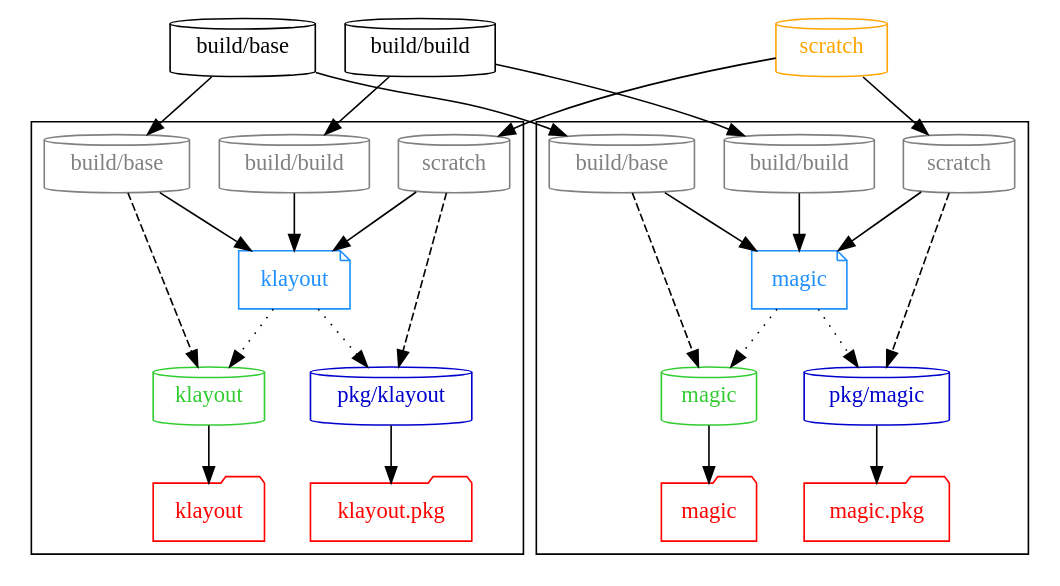
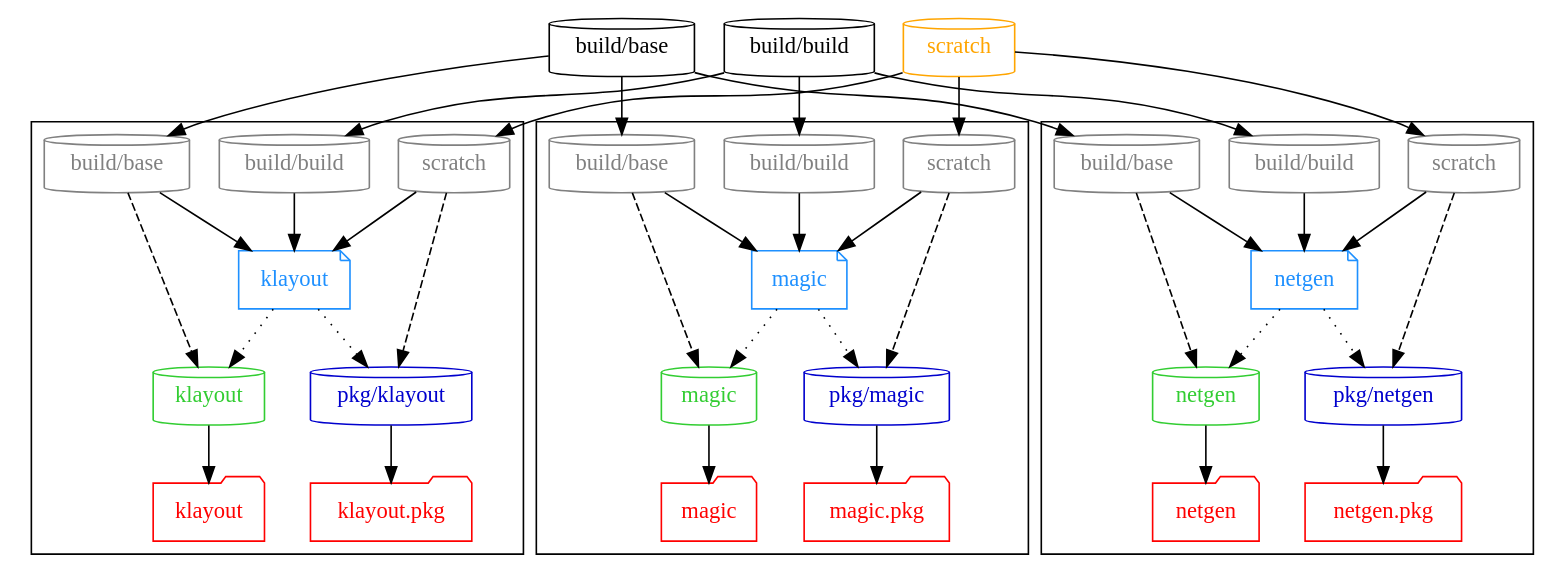
One commit to hdl/containers changed the diagram in graph/asic.dot. Above: the diagram before and after it, drawn with Graphviz. The commit also changed 4 other files, not shown here.

Commit message:
doc: add netgen to table, ci and graphs

```diff
--- a/graph/asic.dot
+++ b/graph/asic.dot
@@ -1,126 +1,158 @@
 # Authors:
 #   Unai Martinez-Corral
 #
 # Copyright 2021 Unai Martinez-Corral <unai.martinezcorral@ehu.eus>
 #
 # Licensed under the Apache License, Version 2.0 (the "License");
 # you may not use this file except in compliance with the License.
 # You may obtain a copy of the License at
 #
 #     http://www.apache.org/licenses/LICENSE-2.0
 #
 # Unless required by applicable law or agreed to in writing, software
 # distributed under the License is distributed on an "AS IS" BASIS,
 # WITHOUT WARRANTIES OR CONDITIONS OF ANY KIND, either express or implied.
 # See the License for the specific language governing permissions and
 # limitations under the License.
 #
 # SPDX-License-Identifier: Apache-2.0
 
 digraph G {
 
   #splines=polyline; #curved
   newrank=true;
 
   # Dockerfiles
 
   { node [shape=note, color=dodgerblue, fontcolor=dodgerblue]
     d_klayout [label="klayout"];
     d_magic [label="magic"];
+    d_netgen [label="netgen"];
   }
 
   # Images
 
   { node [shape=cylinder]
     "build/build"
     "build/base"
     { node [color=limegreen, fontcolor=limegreen]
       "klayout"
       "magic"
+      "netgen"
     }
     { node [color=mediumblue, fontcolor=mediumblue]
       "pkg/klayout"
       "pkg/magic"
+      "pkg/netgen"
     }
   }
 
   # External images
 
   { node [shape=cylinder, color=orange, fontcolor=orange]
     "scratch"
   }
 
   { rank=same
     "build/build"
     "build/base"
     "scratch"
   }
 
   # Workflows
 
   subgraph cluster_klayout {
     { rank=same
       node [shape=cylinder, color=grey, fontcolor=grey]
       "p_klayout_build/build" [label="build/build"]
       "p_klayout_build/base" [label="build/base"]
       "p_klayout_scratch" [label="scratch"]
     }
 
     d_klayout -> {
       "klayout"
       "pkg/klayout"
     } [style=dotted];
 
     {
       node [shape=folder, color=red, fontcolor=red]
       "t_klayout" [label="klayout"];
       "t_pkg/klayout" [label="klayout.pkg"];
     }
 
     "klayout" -> "t_klayout";
     "pkg/klayout" -> "t_pkg/klayout";
   }
 
   subgraph cluster_magic {
     { rank=same
       node [shape=cylinder, color=grey, fontcolor=grey]
       "p_magic_build/build" [label="build/build"]
       "p_magic_build/base" [label="build/base"]
       "p_magic_scratch" [label="scratch"]
     }
 
     d_magic -> {
       "magic"
       "pkg/magic"
     } [style=dotted];
 
     {
       node [shape=folder, color=red, fontcolor=red]
       "t_magic" [label="magic"];
       "t_pkg/magic" [label="magic.pkg"];
     }
 
     "magic" -> "t_magic";
     "pkg/magic" -> "t_pkg/magic";
   }
 
+  subgraph cluster_netgen {
+    { rank=same
+      node [shape=cylinder, color=grey, fontcolor=grey]
+      "p_netgen_build/build" [label="build/build"]
+      "p_netgen_build/base" [label="build/base"]
+      "p_netgen_scratch" [label="scratch"]
+    }
+
+    d_netgen -> {
+      "netgen"
+      "pkg/netgen"
+    } [style=dotted];
+
+    {
+      node [shape=folder, color=red, fontcolor=red]
+      "t_netgen" [label="netgen"];
+      "t_pkg/netgen" [label="netgen.pkg"];
+    }
+
+    "netgen" -> "t_netgen";
+    "pkg/netgen" -> "t_pkg/netgen";
+  }
+
   # Dockerfile dependencies
 
   "build/build" -> "p_klayout_build/build" -> d_klayout;
   "build/base" -> "p_klayout_build/base" -> d_klayout;
   "scratch" -> "p_klayout_scratch" -> d_klayout;
 
   "build/build" -> "p_magic_build/build" -> d_magic;
   "build/base" -> "p_magic_build/base" -> d_magic;
   "scratch" -> "p_magic_scratch" -> d_magic;
 
+  "build/build" -> "p_netgen_build/build" -> d_netgen;
+  "build/base" -> "p_netgen_build/base" -> d_netgen;
+  "scratch" -> "p_netgen_scratch" -> d_netgen;
+
   # Image dependencies
 
   { edge [style=dashed]
     "p_klayout_build/base" -> "klayout";
     "p_klayout_scratch" -> "pkg/klayout";
     "p_magic_build/base" -> "magic";
     "p_magic_scratch" -> "pkg/magic";
+    "p_netgen_build/base" -> "netgen";
+    "p_netgen_scratch" -> "pkg/netgen";
   }
 
 }
```
